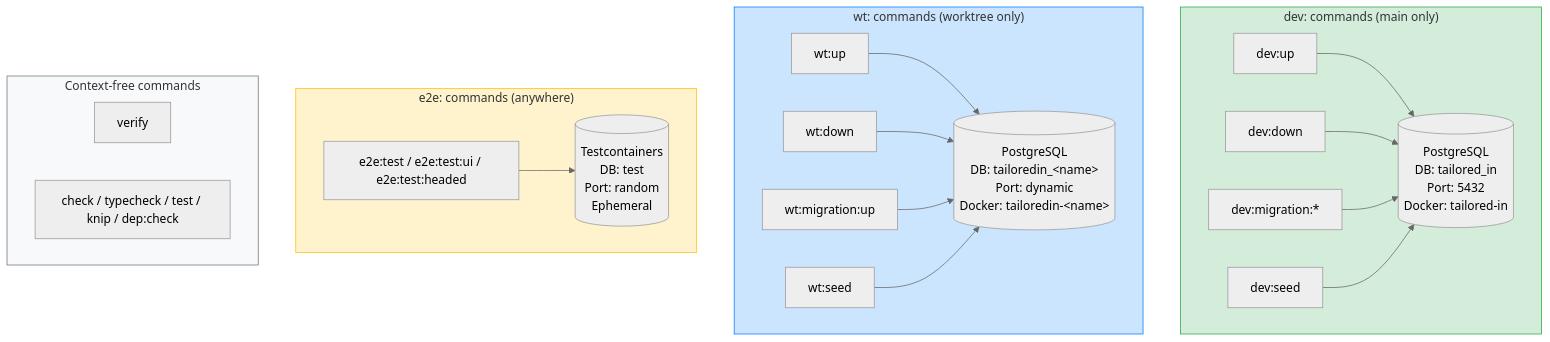
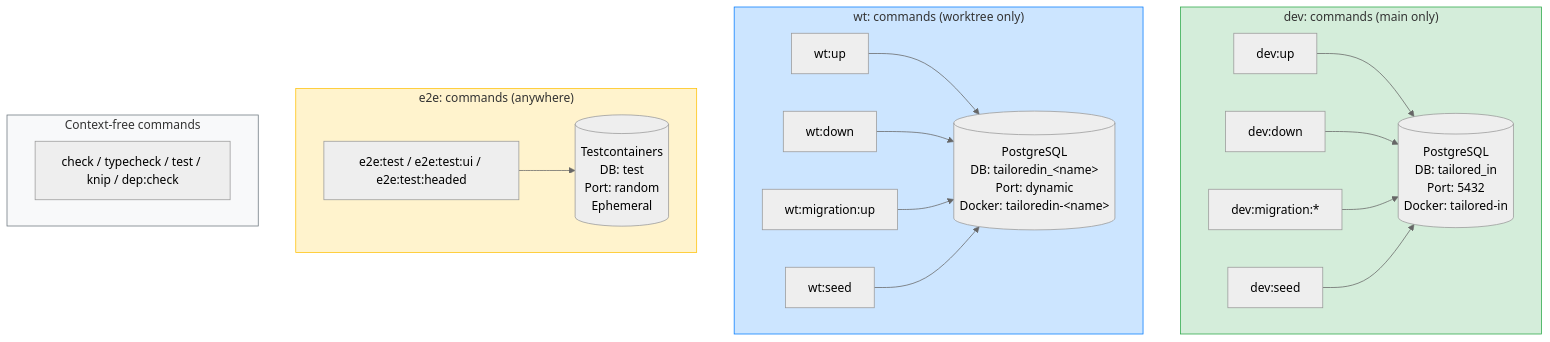
The diagram in docs/superpowers/plans/2026-04-04-infrastructure-isolation.md (bluebird-labs/TailoredIn), drawn with Mermaid (neutral theme) before and after one commit. The commit also changed other lines of this file and 5 other files, not shown here.

````diff
--- a/docs/superpowers/plans/2026-04-04-infrastructure-isolation.md
+++ b/docs/superpowers/plans/2026-04-04-infrastructure-isolation.md
@@ -15,30 +15,29 @@
 ```mermaid
 graph TB
     subgraph DEV["dev: commands (main only)"]
         DEV_UP["dev:up"] --> DEV_DB[("PostgreSQL<br/>DB: tailored_in<br/>Port: 5432<br/>Docker: tailored-in")]
         DEV_DOWN["dev:down"] --> DEV_DB
         DEV_MIG["dev:migration:*"] --> DEV_DB
         DEV_SEED["dev:seed"] --> DEV_DB
     end
 
     subgraph WT["wt: commands (worktree only)"]
         WT_UP["wt:up"] --> WT_DB[("PostgreSQL<br/>DB: tailoredin_&lt;name&gt;<br/>Port: dynamic<br/>Docker: tailoredin-&lt;name&gt;")]
         WT_DOWN["wt:down"] --> WT_DB
         WT_MIG["wt:migration:up"] --> WT_DB
         WT_SEED["wt:seed"] --> WT_DB
     end
 
     subgraph E2E["e2e: commands (anywhere)"]
         E2E_TEST["e2e:test / e2e:test:ui / e2e:test:headed"] --> E2E_DB[("Testcontainers<br/>DB: test<br/>Port: random<br/>Ephemeral")]
     end
 
     subgraph NEUTRAL["Context-free commands"]
-        VERIFY["verify"]
         CHECK["check / typecheck / test / knip / dep:check"]
     end
 
     style DEV fill:#d4edda,stroke:#28a745
     style WT fill:#cce5ff,stroke:#007bff
     style E2E fill:#fff3cd,stroke:#ffc107
     style NEUTRAL fill:#f8f9fa,stroke:#6c757d
 ```
````
